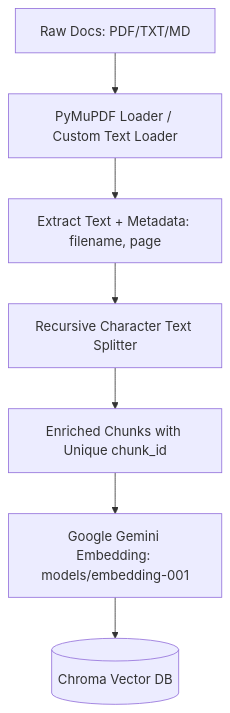
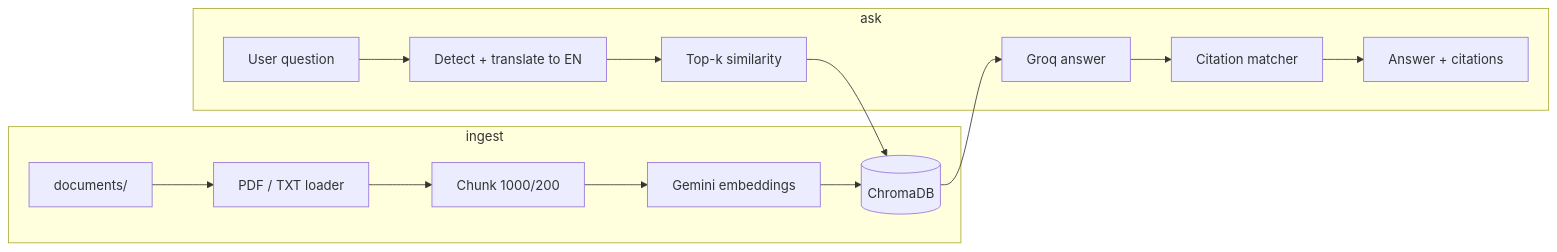
One commit to Vaidik-Pipaliya/potens-intern-ai-vaidik-pipaliya changed the diagram in README.md. Above: the diagram before and after it, drawn with Mermaid. The commit also changed other lines of this file and 12 other files, not shown here.

````diff
--- a/README.md
+++ b/README.md
@@ -10,9 +145,17 @@
 ```mermaid
-flowchart TD
-    A[Raw Docs: PDF/TXT/MD] --> B[PyMuPDF Loader / Custom Text Loader]
-    B --> C[Extract Text + Metadata: filename, page]
-    C --> D[Recursive Character Text Splitter]
-    D --> E[Enriched Chunks with Unique chunk_id]
-    E --> F[Google Gemini Embedding: models/embedding-001]
-    F --> G[(Chroma Vector DB)]
+flowchart LR
+  subgraph ingest
+    Docs[documents/] --> Load[PDF / TXT loader]
+    Load --> Split[Chunk 1000/200]
+    Split --> Embed[Gemini embeddings]
+    Embed --> Chroma[(ChromaDB)]
+  end
+  subgraph ask
+    Q[User question] --> Lang[Detect + translate to EN]
+    Lang --> Ret[Top-k similarity]
+    Ret --> Chroma
+    Chroma --> LLM[Groq answer]
+    LLM --> Cit[Citation matcher]
+    Cit --> Out[Answer + citations]
+  end
 ```
````
